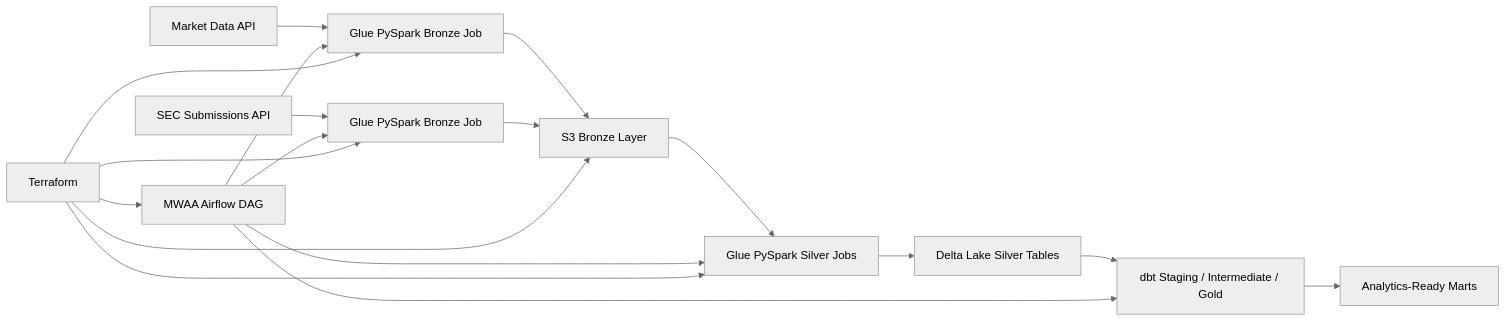
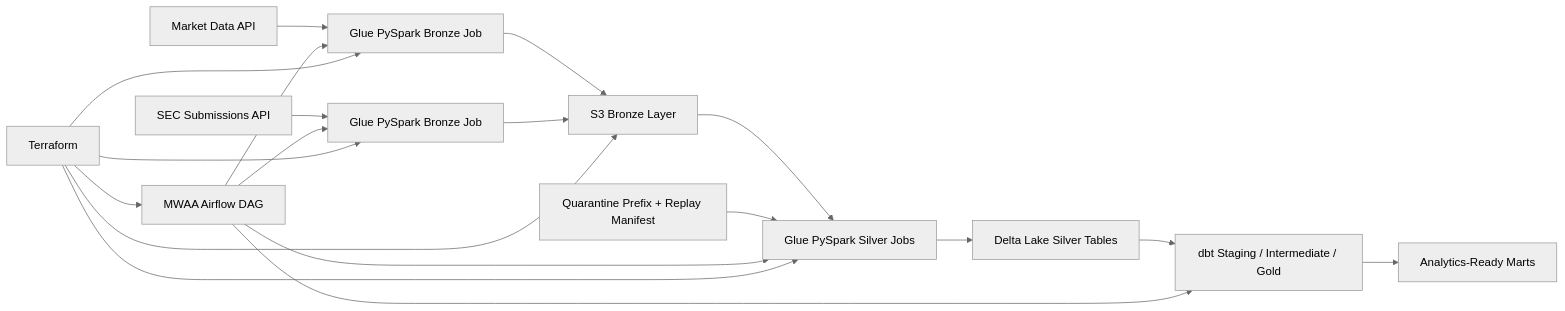
Before and after one commit to SajjaAkash/finance-data-lakehouse: the diagram in README.md, drawn with Mermaid (neutral theme). The commit also changed other lines of this file and 3 other files, not shown here.

````diff
--- a/README.md
+++ b/README.md
@@ -17,20 +29,21 @@
 ```mermaid
 flowchart LR
     A["Market Data API"] --> B["Glue PySpark Bronze Job"]
     C["SEC Submissions API"] --> D["Glue PySpark Bronze Job"]
     B --> E["S3 Bronze Layer"]
     D --> E
     E --> F["Glue PySpark Silver Jobs"]
     F --> G["Delta Lake Silver Tables"]
     G --> H["dbt Staging / Intermediate / Gold"]
     H --> I["Analytics-Ready Marts"]
-    J["MWAA Airflow DAG"] --> B
-    J --> D
-    J --> F
-    J --> H
-    K["Terraform"] --> J
-    K --> B
+    J["Quarantine Prefix + Replay Manifest"] --> F
+    K["MWAA Airflow DAG"] --> B
     K --> D
     K --> F
-    K --> E
+    K --> H
+    L["Terraform"] --> K
+    L --> B
+    L --> D
+    L --> F
+    L --> E
 ```
````
